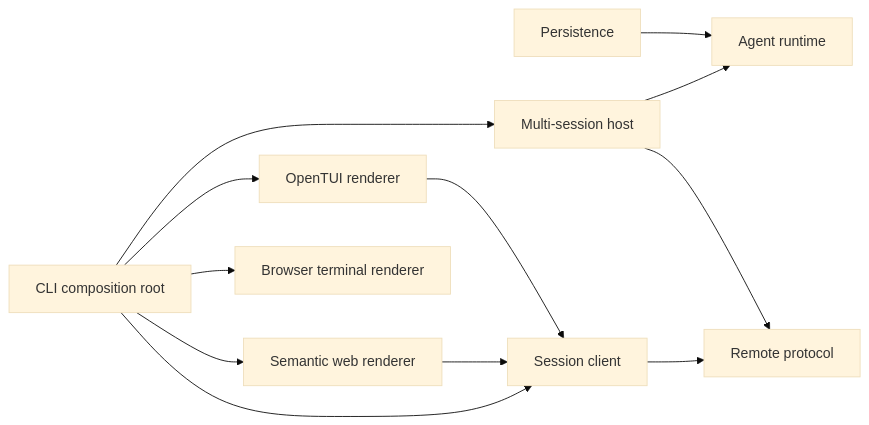
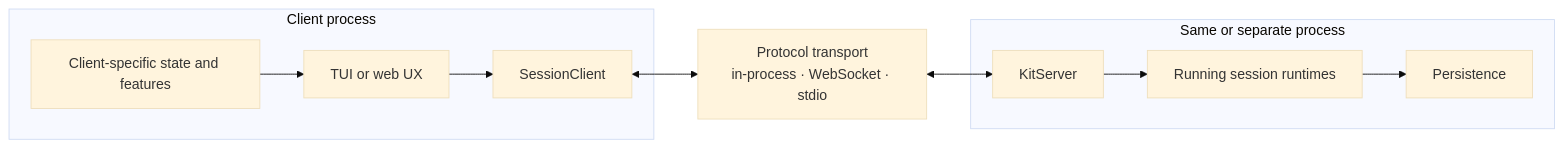
Before and after one commit to akonwi/kit: the first of 2 diagrams in app/docs/adrs/0029-session-client-and-repository-boundaries.md, drawn with Mermaid (base theme). The commit also changed other lines of this file and 10 other files, not shown here.

Commit message:
refactor(session-client): defer contracts until implementation

````diff
--- a/app/docs/adrs/0029-session-client-and-repository-boundaries.md
+++ b/app/docs/adrs/0029-session-client-and-repository-boundaries.md
@@ -60,24 +72,23 @@
 ```mermaid
 flowchart LR
-    Protocol["Remote protocol"]
-    Runtime["Agent runtime"]
-    Persistence["Persistence"]
-    Host["Multi-session host"]
-    Client["Session client"]
-    TUI["OpenTUI renderer"]
-    Web["Semantic web renderer"]
-    WebTUI["Browser terminal renderer"]
-    CLI["CLI composition root"]
+    subgraph ClientProcess["Client process"]
+        UI["TUI or web UX"]
+        Client["SessionClient"]
+        LocalState["Client-specific state and features"]
+        UI --> Client
+        LocalState --> UI
+    end
 
-    Persistence --> Runtime
-    Host --> Runtime
-    Host --> Protocol
-    Client --> Protocol
-    TUI --> Client
-    Web --> Client
-    CLI --> Host
-    CLI --> Client
-    CLI --> TUI
-    CLI --> Web
-    CLI --> WebTUI
+    Transport["Protocol transport<br/>in-process · WebSocket · stdio"]
+
+    subgraph ServerProcess["Same or separate process"]
+        Server["KitServer"]
+        Runtime["Running session runtimes"]
+        Persistence["Persistence"]
+        Server --> Runtime
+        Runtime --> Persistence
+    end
+
+    Client <--> Transport
+    Transport <--> Server
 ```
````
